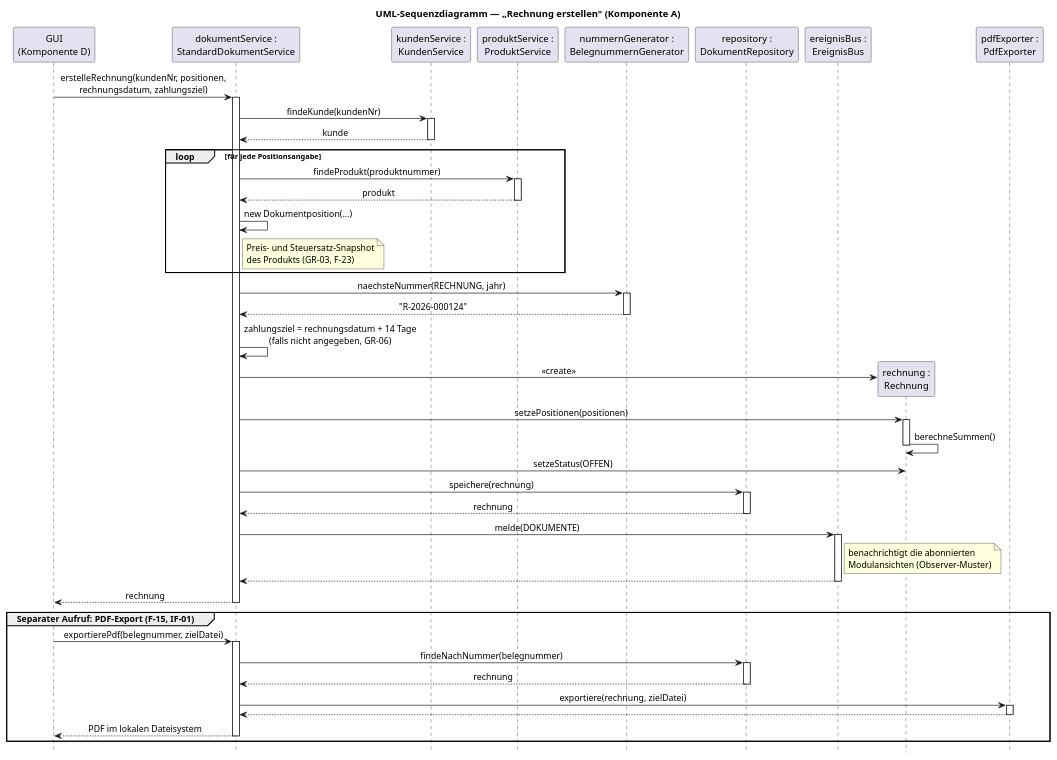
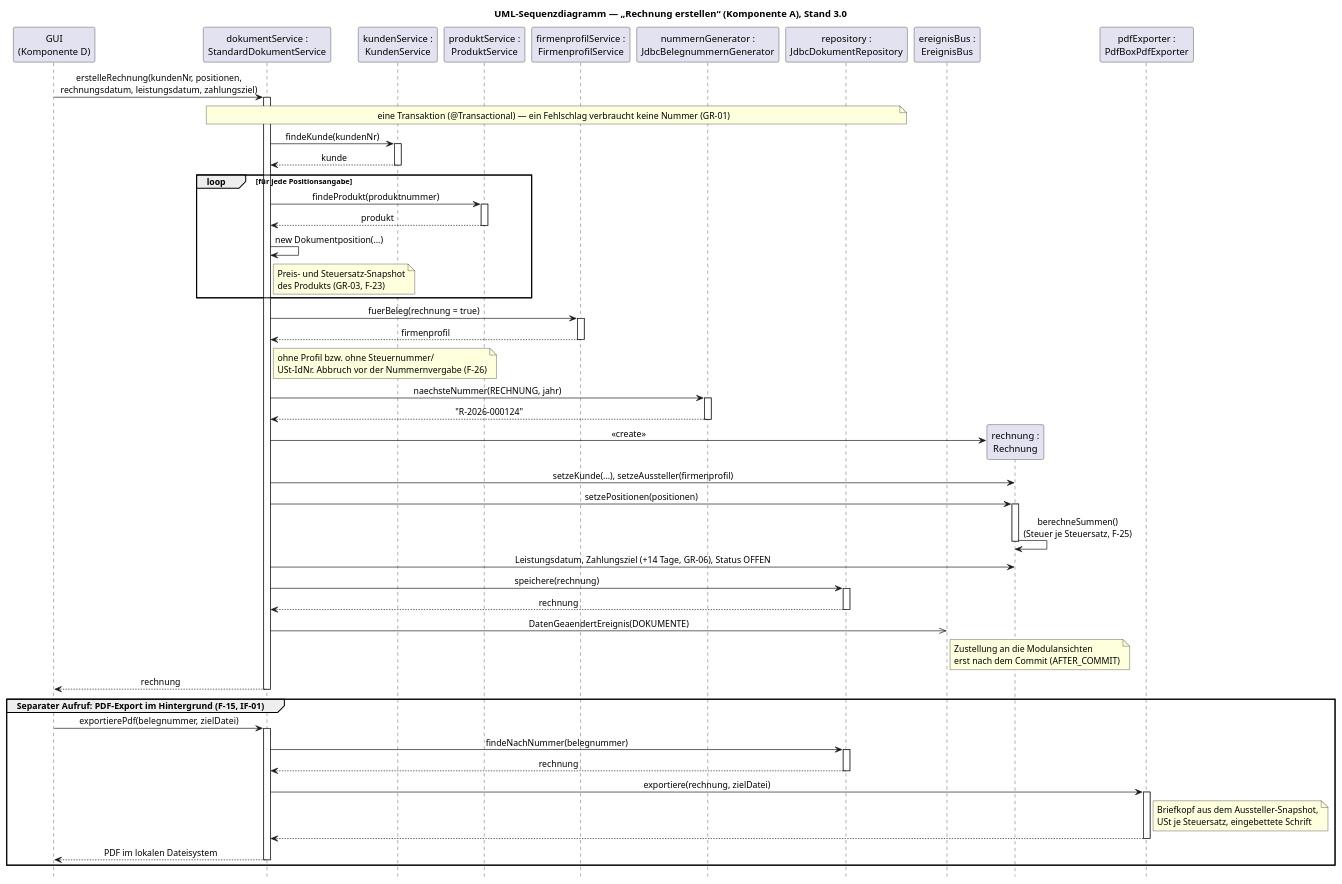
Before and after one commit to lucasstrubel/faktura: the diagram in dokumentation/diagramme/sequenz_rechnung_erstellen.puml, drawn with PlantUML. The commit also changed 39 other files, not shown here.

First line of the commit message:
Dokumentation auf Deutsch und Stand 3.0, PDF-Fassungen

```diff
--- a/dokumentation/diagramme/sequenz_rechnung_erstellen.puml
+++ b/dokumentation/diagramme/sequenz_rechnung_erstellen.puml
@@ -1,81 +1,86 @@
 @startuml sequenz_rechnung_erstellen
-' UML-Sequenzdiagramm "Rechnung erstellen" (Pflichtenheft Teil A, Abschnitt 7.2)
+' UML-Sequenzdiagramm "Rechnung erstellen" (Pflichtenheft Teil A, Abschnitt 7.2), Stand 3.0
 ' Ablauf gemäß StandardDokumentService.erstelleRechnung(...) und exportierePdf(...).
 
 skinparam shadowing false
 skinparam sequenceMessageAlign center
 hide footbox
 
-title UML-Sequenzdiagramm — „Rechnung erstellen" (Komponente A)
+title UML-Sequenzdiagramm — „Rechnung erstellen“ (Komponente A), Stand 3.0
 
 participant "GUI\n(Komponente D)" as GUI
 participant "dokumentService :\nStandardDokumentService" as DS
 participant "kundenService :\nKundenService" as KS
 participant "produktService :\nProduktService" as PS
-participant "nummernGenerator :\nBelegnummernGenerator" as NG
-participant "repository :\nDokumentRepository" as REPO
+participant "firmenprofilService :\nFirmenprofilService" as FP
+participant "nummernGenerator :\nJdbcBelegnummernGenerator" as NG
+participant "repository :\nJdbcDokumentRepository" as REPO
 participant "ereignisBus :\nEreignisBus" as EB
 
-GUI -> DS : erstelleRechnung(kundenNr, positionen,\nrechnungsdatum, zahlungsziel)
+GUI -> DS : erstelleRechnung(kundenNr, positionen,\nrechnungsdatum, leistungsdatum, zahlungsziel)
 activate DS
+note over DS, REPO : eine Transaktion (@Transactional) — ein Fehlschlag verbraucht keine Nummer (GR-01)
 
 DS -> KS : findeKunde(kundenNr)
 activate KS
 KS --> DS : kunde
 deactivate KS
 
 loop für jede Positionsangabe
   DS -> PS : findeProdukt(produktnummer)
   activate PS
   PS --> DS : produkt
   deactivate PS
   DS -> DS : new Dokumentposition(...)
   note right of DS : Preis- und Steuersatz-Snapshot\ndes Produkts (GR-03, F-23)
 end
 
+DS -> FP : fuerBeleg(rechnung = true)
+activate FP
+FP --> DS : firmenprofil
+deactivate FP
+note right of DS : ohne Profil bzw. ohne Steuernummer/\nUSt-IdNr. Abbruch vor der Nummernvergabe (F-26)
+
 DS -> NG : naechsteNummer(RECHNUNG, jahr)
 activate NG
 NG --> DS : "R-2026-000124"
 deactivate NG
 
-DS -> DS : zahlungsziel = rechnungsdatum + 14 Tage\n(falls nicht angegeben, GR-06)
-
 create participant "rechnung :\nRechnung" as R
 DS -> R : «create»
+DS -> R : setzeKunde(...), setzeAussteller(firmenprofil)
 DS -> R : setzePositionen(positionen)
 activate R
-R -> R : berechneSummen()
+R -> R : berechneSummen()\n(Steuer je Steuersatz, F-25)
 deactivate R
-DS -> R : setzeStatus(OFFEN)
+DS -> R : Leistungsdatum, Zahlungsziel (+14 Tage, GR-06), Status OFFEN
 
 DS -> REPO : speichere(rechnung)
 activate REPO
 REPO --> DS : rechnung
 deactivate REPO
 
-DS -> EB : melde(DOKUMENTE)
-activate EB
-note right of EB : benachrichtigt die abonnierten\nModulansichten (Observer-Muster)
-EB --> DS
-deactivate EB
+DS ->> EB : DatenGeaendertEreignis(DOKUMENTE)
+note right of EB : Zustellung an die Modulansichten\nerst nach dem Commit (AFTER_COMMIT)
 
 DS --> GUI : rechnung
 deactivate DS
 
-group Separater Aufruf: PDF-Export (F-15, IF-01)
-  participant "pdfExporter :\nPdfExporter" as PDF
+group Separater Aufruf: PDF-Export im Hintergrund (F-15, IF-01)
+  participant "pdfExporter :\nPdfBoxPdfExporter" as PDF
   GUI -> DS : exportierePdf(belegnummer, zielDatei)
   activate DS
   DS -> REPO : findeNachNummer(belegnummer)
   activate REPO
   REPO --> DS : rechnung
   deactivate REPO
   DS -> PDF : exportiere(rechnung, zielDatei)
   activate PDF
+  note right of PDF : Briefkopf aus dem Aussteller-Snapshot,\nUSt je Steuersatz, eingebettete Schrift
   PDF --> DS
   deactivate PDF
   DS --> GUI : PDF im lokalen Dateisystem
   deactivate DS
 end
 
 @enduml
```
